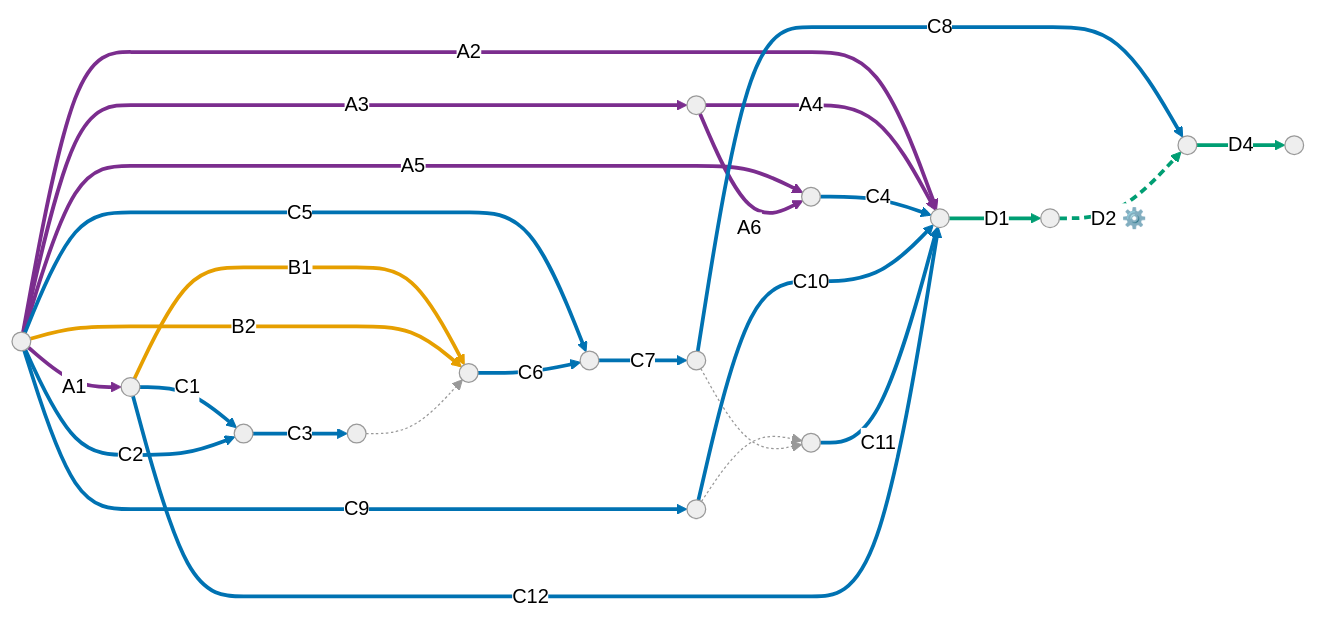
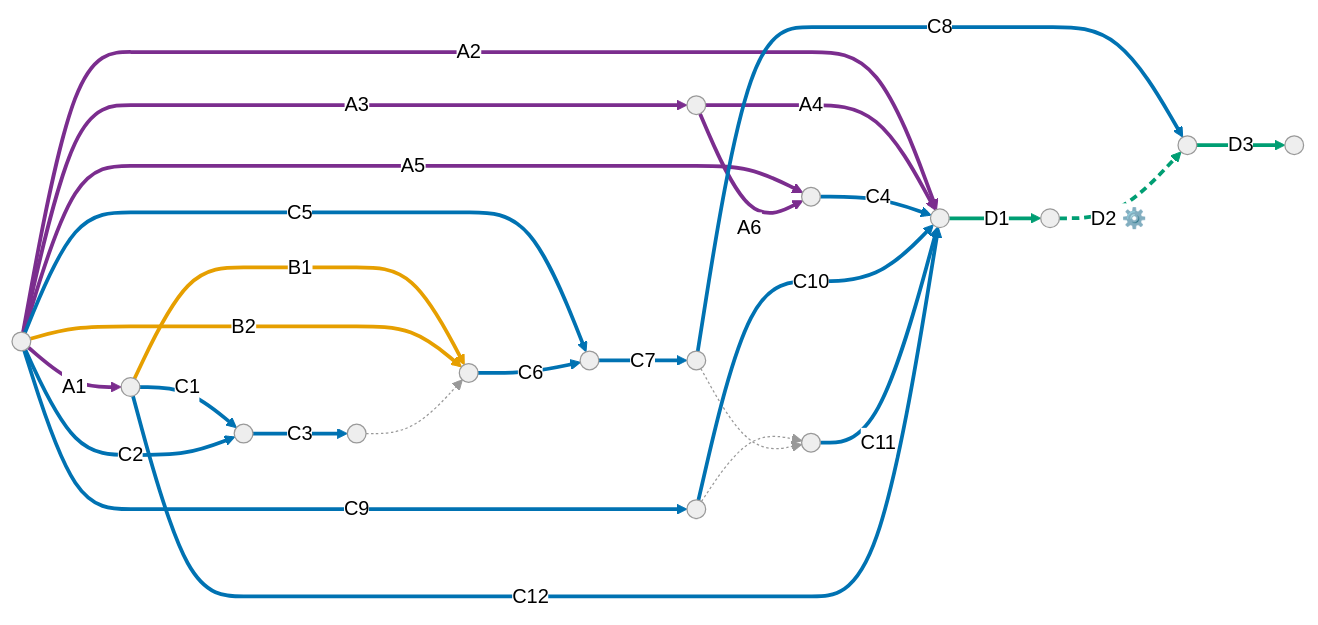
One commit to monamienet/monamie-app changed the diagram in docs/pt-br/publicar-teste-interno.md. Above: the diagram before and after it, drawn with Mermaid (neutral theme). The commit also changed other lines of this file and 11 other files, not shown here.

````diff
--- a/docs/pt-br/publicar-teste-interno.md
+++ b/docs/pt-br/publicar-teste-interno.md
@@ -25,57 +25,57 @@
 ```mermaid
 flowchart LR
     nS((" "))
     nK((" "))
     nW((" "))
     nF1((" "))
     nF2((" "))
     nCS((" "))
     nB((" "))
     nU((" "))
     nP((" "))
     nSA((" "))
     nI((" "))
     nCI((" "))
     nM((" "))
     nE((" "))
     nCl((" "))
 
     nS -->|A1| nK
     nS -->|A2| nCI
     nS -->|A3| nW
     nW -->|A4| nCI
     nS -->|A5| nCS
     nW -->|A6| nCS
     nK -->|B1| nB
     nS -->|B2| nB
     nK -->|C1| nF1
     nS -->|C2| nF1
     nF1 -->|C3| nF2
     nF2 -.-> nB
     nCS -->|C4| nCI
     nS -->|C5| nU
     nB -->|C6| nU
     nU -->|C7| nP
     nP -->|C8| nE
     nS -->|C9| nSA
     nSA -.-> nI
     nP -.-> nI
     nSA -->|C10| nCI
     nI -->|C11| nCI
     nK -->|C12| nCI
     nCI -->|D1| nM
     nM -->|D2 ⚙️| nE
-    nE -->|D4| nCl
+    nE -->|D3| nCl
 
     %% uma vez para a empresa (roxo)
     linkStyle 0,1,2,3,4,5 stroke:#7b2d8e,stroke-width:3px
     %% uma vez por máquina (laranja)
     linkStyle 6,7 stroke:#e69f00,stroke-width:3px
     %% uma vez para o app (azul)
     linkStyle 8,9,10,12,13,14,15,16,17,20,21,22 stroke:#0072b2,stroke-width:3px
     %% só dependência, sem trabalho (cinza)
     linkStyle 11,18,19 stroke:#999999,stroke-width:1px
     %% a cada versão: manual (verde) e automático (verde tracejado)
     linkStyle 23,25 stroke:#009e73,stroke-width:3px
     linkStyle 24 stroke:#009e73,stroke-width:3px,stroke-dasharray:6 4
 ```
````
